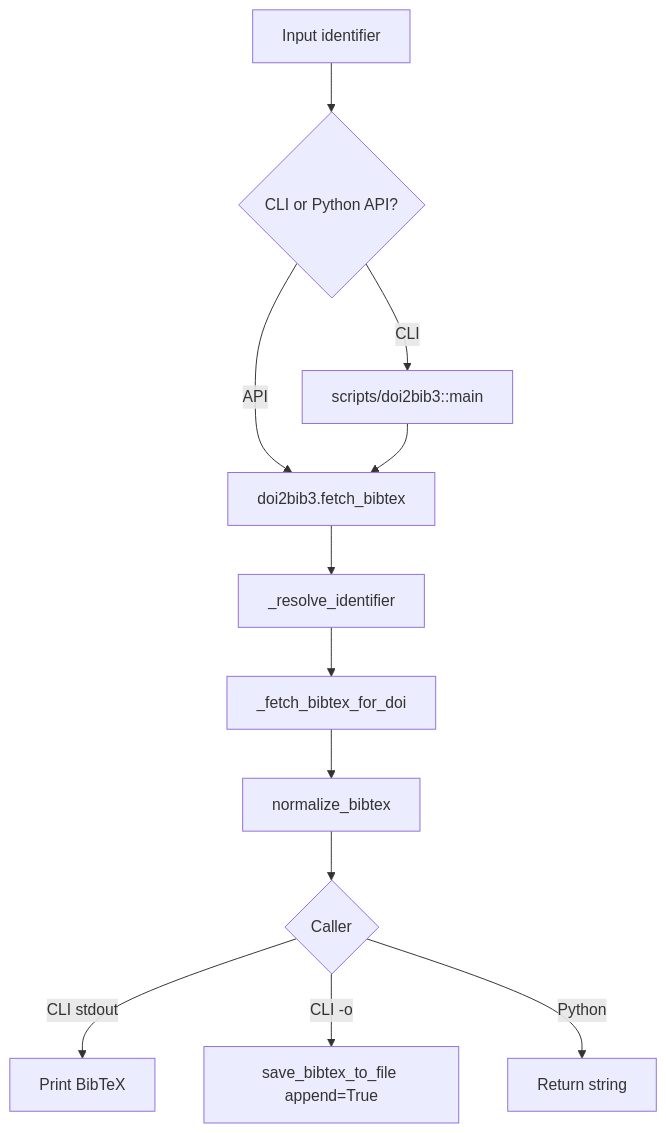
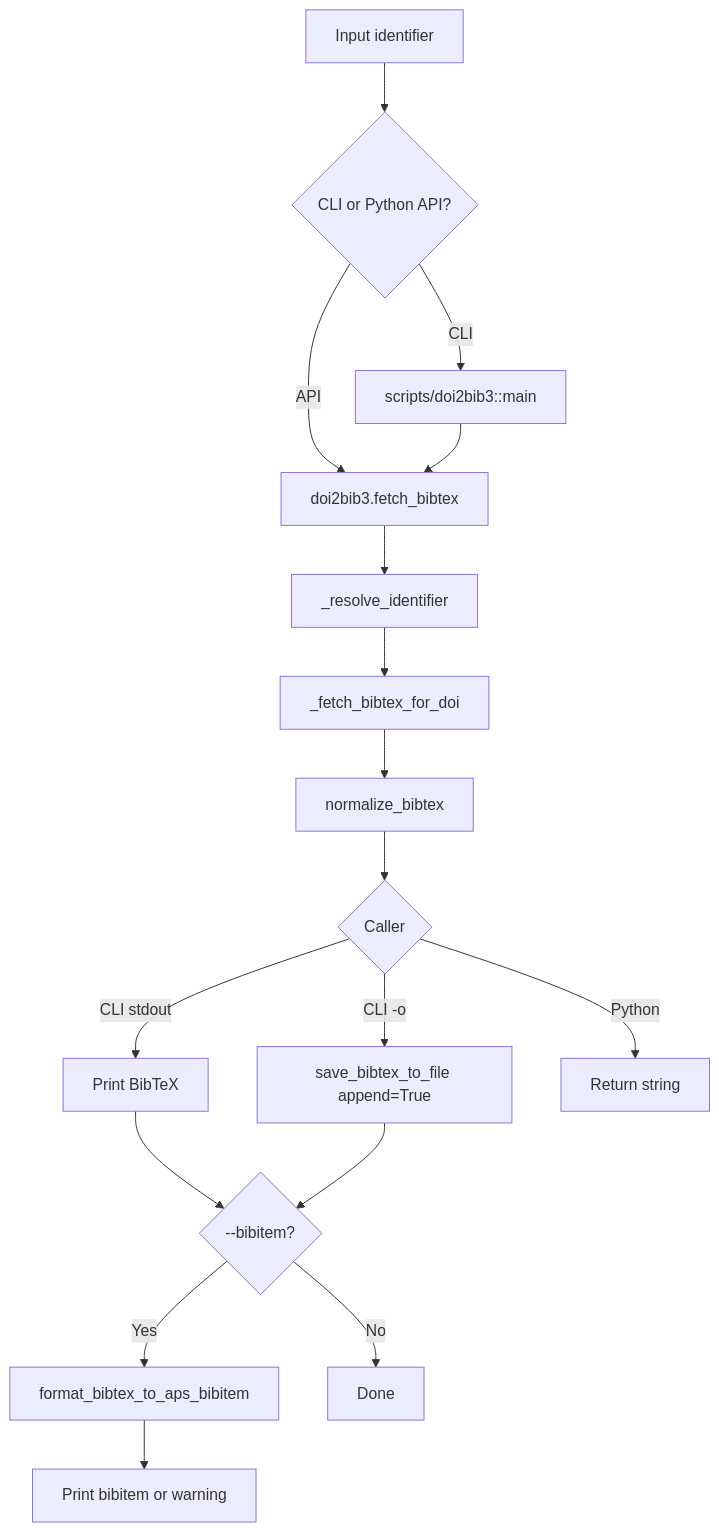
One commit to archisman-panigrahi/doi2bib3 changed the first of 4 diagrams in docs/ALGORITHM_VISUALS.md. Above: the diagram before and after it, drawn with Mermaid. The commit also changed other lines of this file and 4 other files, not shown here.

````diff
--- a/docs/ALGORITHM_VISUALS.md
+++ b/docs/ALGORITHM_VISUALS.md
@@ -7,14 +7,19 @@
 ```mermaid
 flowchart TD
     A[Input identifier] --> B{CLI or Python API?}
     B -->|CLI| C[scripts/doi2bib3::main]
     B -->|API| D[doi2bib3.fetch_bibtex]
     C --> D
     D --> E[_resolve_identifier]
     E --> F[_fetch_bibtex_for_doi]
     F --> G[normalize_bibtex]
     G --> H{Caller}
     H -->|CLI stdout| I[Print BibTeX]
     H -->|CLI -o| J[save_bibtex_to_file append=True]
     H -->|Python| K[Return string]
+    I --> L{--bibitem?}
+    J --> L
+    L -->|Yes| M[format_bibtex_to_aps_bibitem]
+    L -->|No| N[Done]
+    M --> O[Print bibitem or warning]
 ```
````
